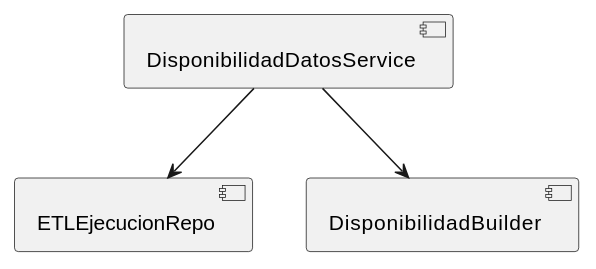
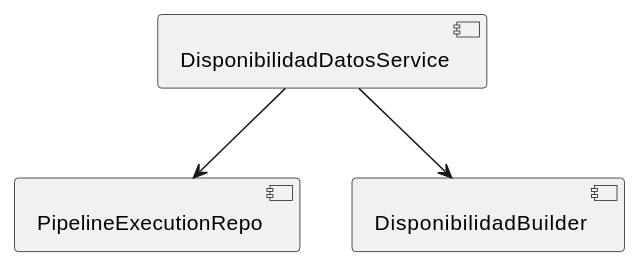
Before and after one commit to jcg-admin/IACT-docs: the diagram in source/requisitos/casos-uso/pipeline/uc-pip-03/diagramas-uml/componentes.rst, drawn with PlantUML. The commit also changed 96 other files, not shown here.

```diff
--- a/source/requisitos/casos-uso/pipeline/uc-pip-03/diagramas-uml/componentes.rst
+++ b/source/requisitos/casos-uso/pipeline/uc-pip-03/diagramas-uml/componentes.rst
@@ -4,9 +4,9 @@
 .. uml::
 
  @startuml
  component "DisponibilidadDatosService" as Disponibilidaddatosservice
- component "ETLEjecucionRepo" as Etlejecucionrepo
+ component "PipelineExecutionRepo" as Etlejecucionrepo
  component "DisponibilidadBuilder" as Disponibilidadbuilder
  Disponibilidaddatosservice --> Etlejecucionrepo
  Disponibilidaddatosservice --> Disponibilidadbuilder
  @enduml
```
